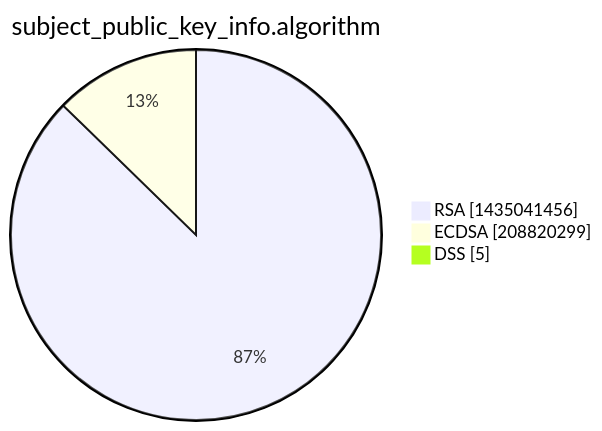
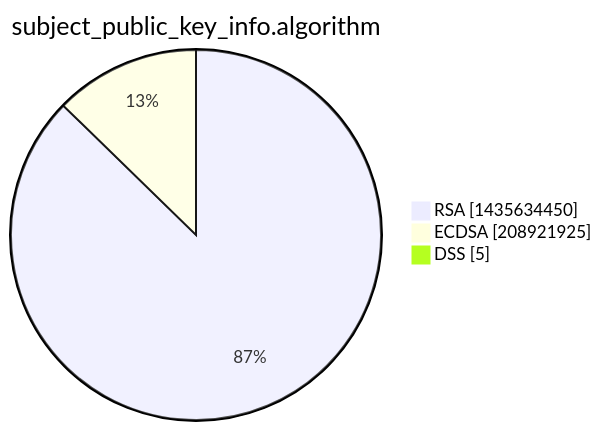
Before and after one commit to christiankrug/ctmonitor_visualization: the third of 15 diagrams in xenon2022/README.md, drawn with Mermaid. The commit also changed other lines of this file, not shown here.

````diff
--- a/xenon2022/README.md
+++ b/xenon2022/README.md
@@ -14,7 +14,7 @@
 ```mermaid
 pie showData
 title subject_public_key_info.algorithm
-"RSA" :1435041456
-"ECDSA" :208820299
+"RSA" :1435634450
+"ECDSA" :208921925
 "DSS" :5
 ```
````
